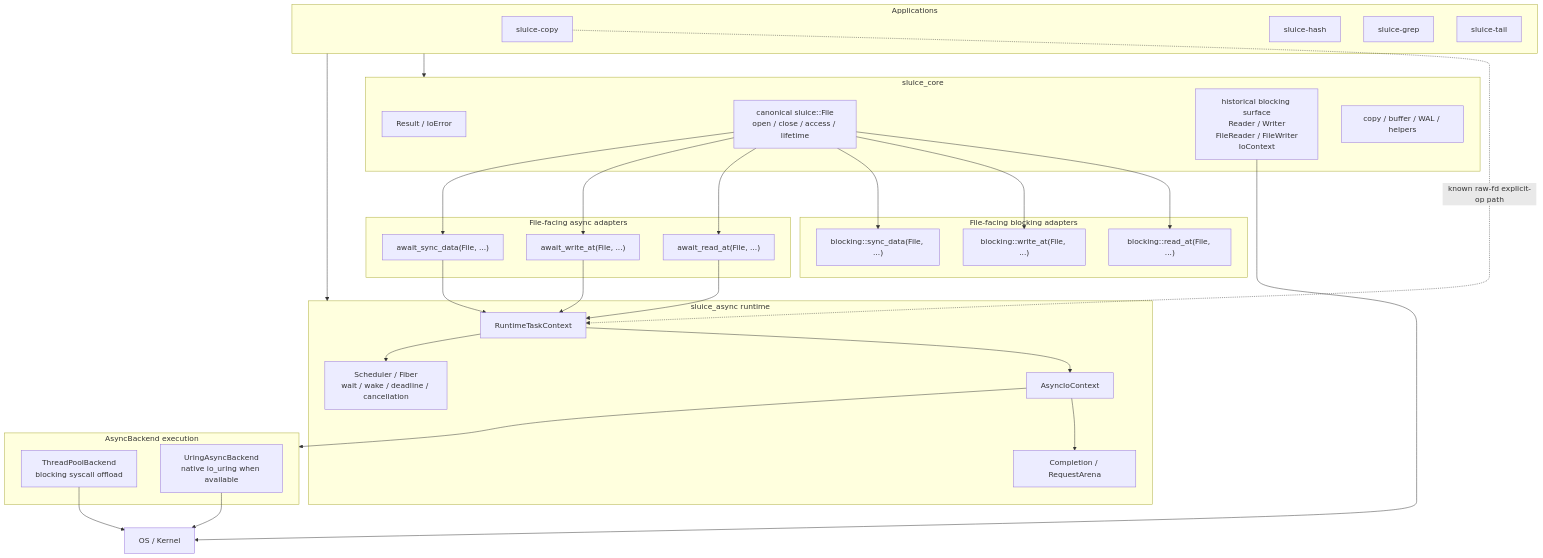
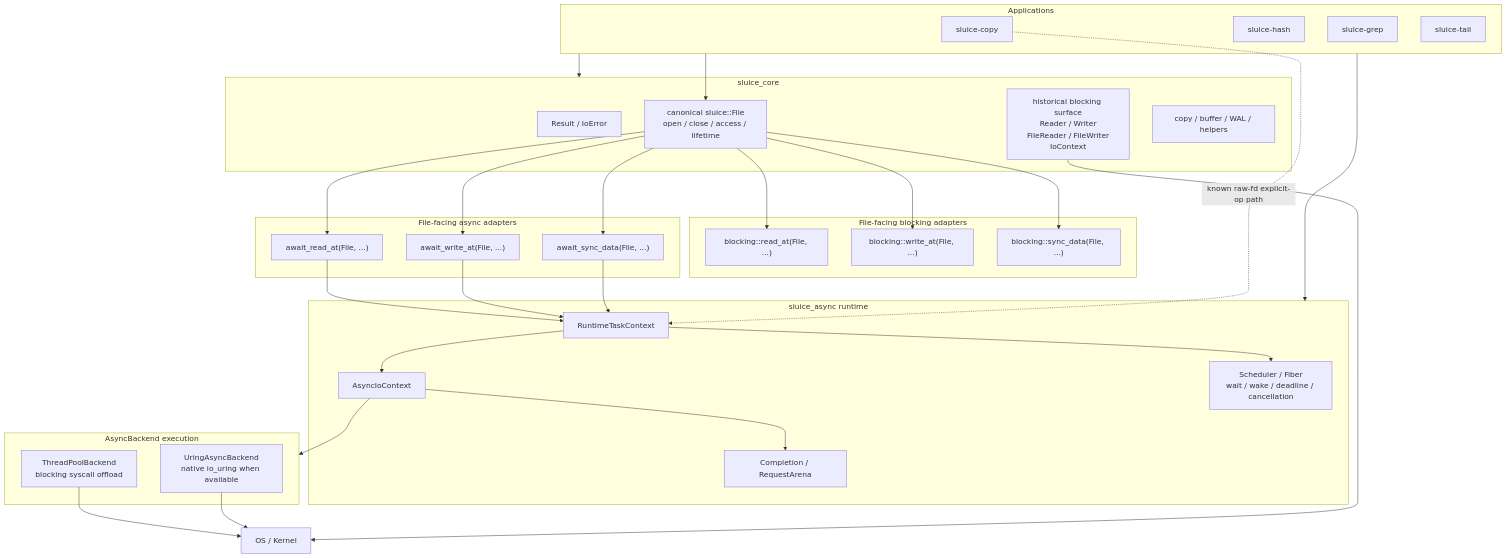
The diagram in docs/architecture.md (jnhu76/Sluice), drawn with Mermaid before and after one commit. The commit also changed other lines of this file and 2 other files, not shown here.

First line of the commit message:
docs: record A2 app-consumer census and converge roadmap ledger

````diff
--- a/docs/architecture.md
+++ b/docs/architecture.md
@@ -50,68 +50,69 @@
 ```mermaid
 flowchart TB
     subgraph APPS["Applications"]
         COPY["sluice-copy"]
         HASH["sluice-hash"]
         GREP["sluice-grep"]
         TAIL["sluice-tail"]
     end
 
     subgraph CORE["sluice_core"]
         RESULT["Result<T> / IoError"]
         FILE["canonical sluice::File<br/>open / close / access / lifetime"]
         LEGACY["historical blocking surface<br/>Reader / Writer<br/>FileReader / FileWriter<br/>IoContext"]
         COMPOSE["copy / buffer / WAL / helpers"]
     end
 
     subgraph BLOCK_API["File-facing blocking adapters"]
         BR["blocking::read_at(File, ...) "]
         BW["blocking::write_at(File, ...) "]
         BS["blocking::sync_data(File, ...) "]
     end
 
     subgraph ASYNC_API["File-facing async adapters"]
         AR["await_read_at(File, ...) "]
         AW["await_write_at(File, ...) "]
         AS["await_sync_data(File, ...) "]
     end
 
     subgraph RUNTIME["sluice_async runtime"]
         RTC["RuntimeTaskContext"]
         AIO["AsyncIoContext"]
         COMP["Completion<T> / RequestArena"]
         SCHED["Scheduler / Fiber<br/>wait / wake / deadline / cancellation"]
     end
 
     subgraph EXEC["AsyncBackend execution"]
         TP["ThreadPoolBackend<br/>blocking syscall offload"]
         UR["UringAsyncBackend<br/>native io_uring when available"]
     end
 
     OS["OS / Kernel"]
 
     APPS --> CORE
     APPS --> RUNTIME
+    APPS --> FILE
 
     FILE --> BR
     FILE --> BW
     FILE --> BS
 
     FILE --> AR
     FILE --> AW
     FILE --> AS
 
     AR --> RTC
     AW --> RTC
     AS --> RTC
 
     RTC --> AIO
     AIO --> COMP
     RTC --> SCHED
     AIO --> EXEC
 
     TP --> OS
     UR --> OS
     LEGACY --> OS
 
     COPY -. "known raw-fd explicit-op path" .-> RTC
 ```
````
